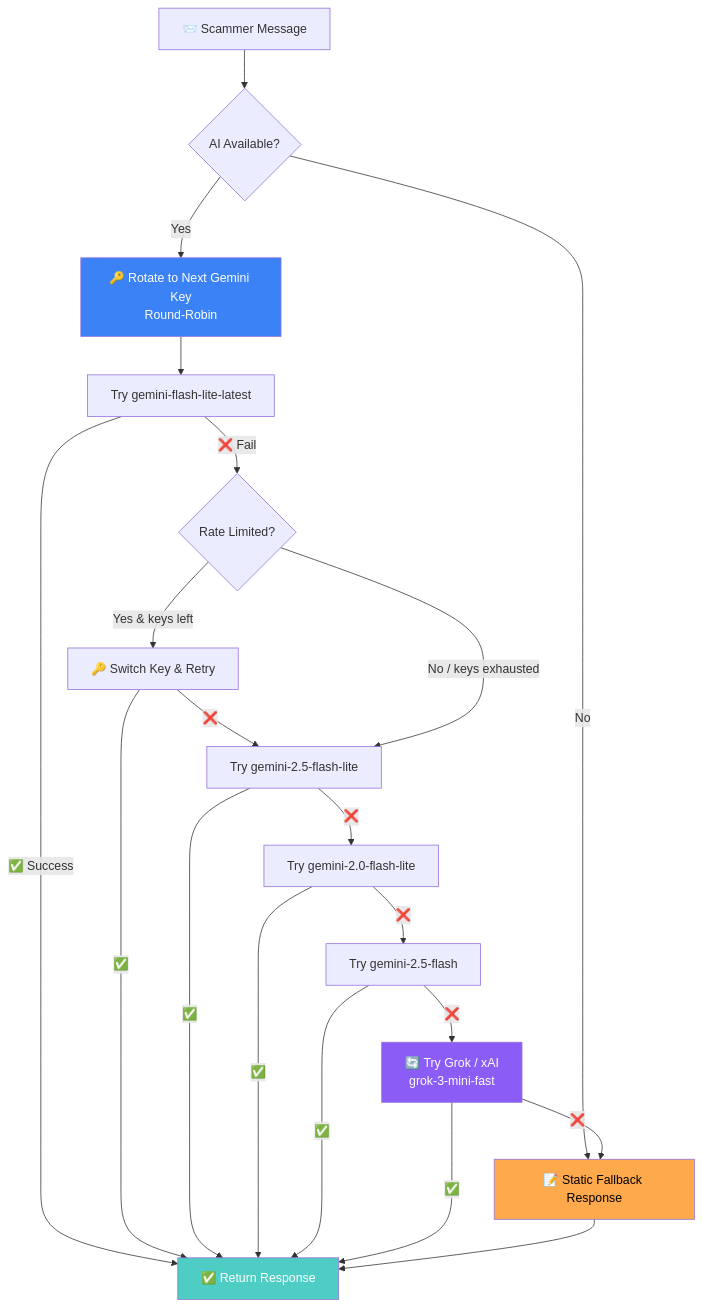
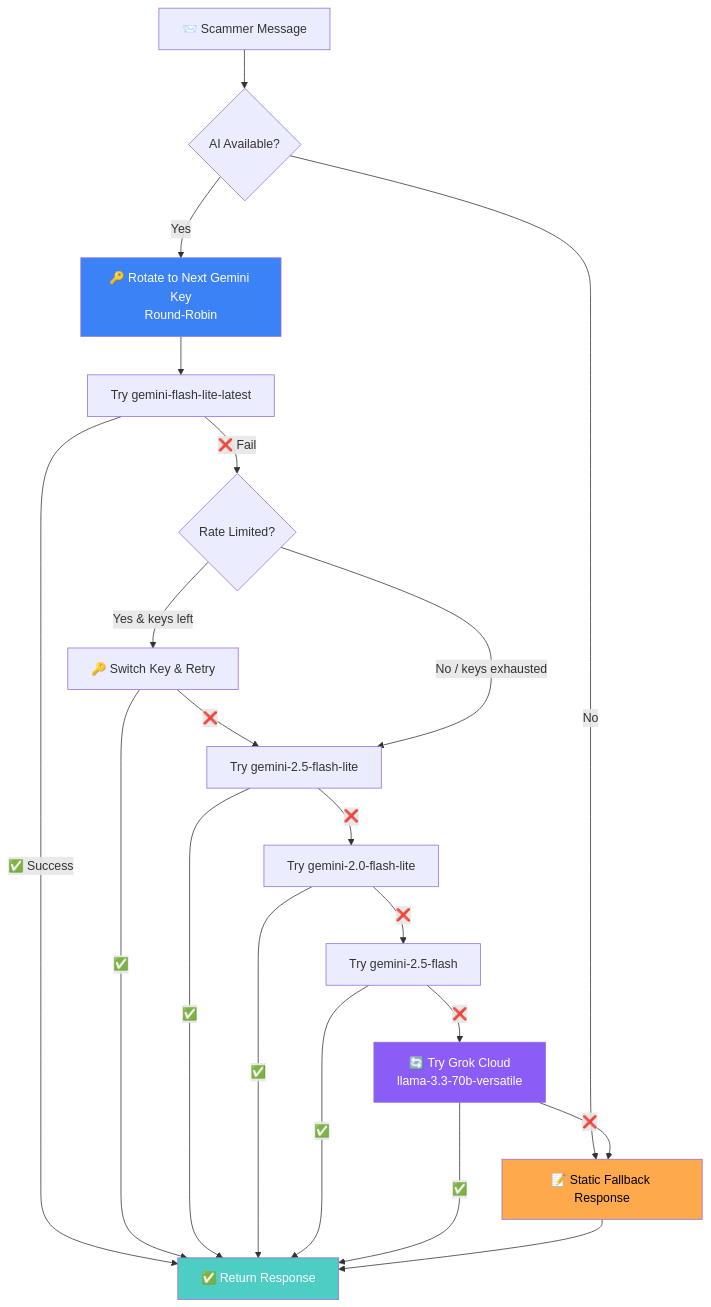
The fifth of 7 diagrams in README.md (kvpradeep279/Agentic-Honey-Pot-for-Scam-Detection-Intelligence-Extraction), drawn with Mermaid before and after one commit. The commit also changed other lines of this file, not shown here.

Commit message:
Fix Mermaid flowchart & Sequence Diagram logic in README: corrected Groq model to llama-3.3, quoted all labels for syntax safety, and fixed intelligence extraction sequence flow

````diff
--- a/README.md
+++ b/README.md
@@ -610,30 +610,30 @@
 ```mermaid
 flowchart TD
-    A[📨 Scammer Message] --> B{AI Available?}
-    B -->|No| STATIC[📝 Static Fallback Response]
-    B -->|Yes| RR[🔑 Rotate to Next Gemini Key<br/>Round-Robin]
+    A["📨 Scammer Message"] --> B{"AI Available?"}
+    B -->|No| STATIC["📝 Static Fallback Response"]
+    B -->|Yes| RR["🔑 Rotate to Next Gemini Key<br/>Round-Robin"]
     
-    RR --> M1[Try gemini-flash-lite-latest]
-    M1 -->|✅ Success| H[✅ Return Response]
-    M1 -->|❌ Fail| M1R{Rate Limited?}
-    M1R -->|Yes & keys left| SWAP1[🔑 Switch Key & Retry]
+    RR --> M1["Try gemini-flash-lite-latest"]
+    M1 -->|"✅ Success"| H["✅ Return Response"]
+    M1 -->|"❌ Fail"| M1R{"Rate Limited?"}
+    M1R -->|"Yes & keys left"| SWAP1["🔑 Switch Key & Retry"]
     SWAP1 -->|✅| H
     SWAP1 -->|❌| M2
-    M1R -->|No / keys exhausted| M2[Try gemini-2.5-flash-lite]
+    M1R -->|"No / keys exhausted"| M2["Try gemini-2.5-flash-lite"]
     
     M2 -->|✅| H
-    M2 -->|❌| M3[Try gemini-2.0-flash-lite]
+    M2 -->|❌| M3["Try gemini-2.0-flash-lite"]
     M3 -->|✅| H
-    M3 -->|❌| M4[Try gemini-2.5-flash]
+    M3 -->|❌| M4["Try gemini-2.5-flash"]
     M4 -->|✅| H
     M4 -->|❌| GROK
     
-    GROK[🔄 Try Grok / xAI<br/>grok-3-mini-fast] -->|✅| H
+    GROK["🔄 Try Grok Cloud<br/>llama-3.3-70b-versatile"] -->|✅| H
     GROK -->|❌| STATIC
     STATIC --> H
     
     style H fill:#4ecdc4,color:#fff
     style GROK fill:#8b5cf6,color:#fff
     style STATIC fill:#ffa94d,color:#000
     style RR fill:#3b82f6,color:#fff
 ```
````
